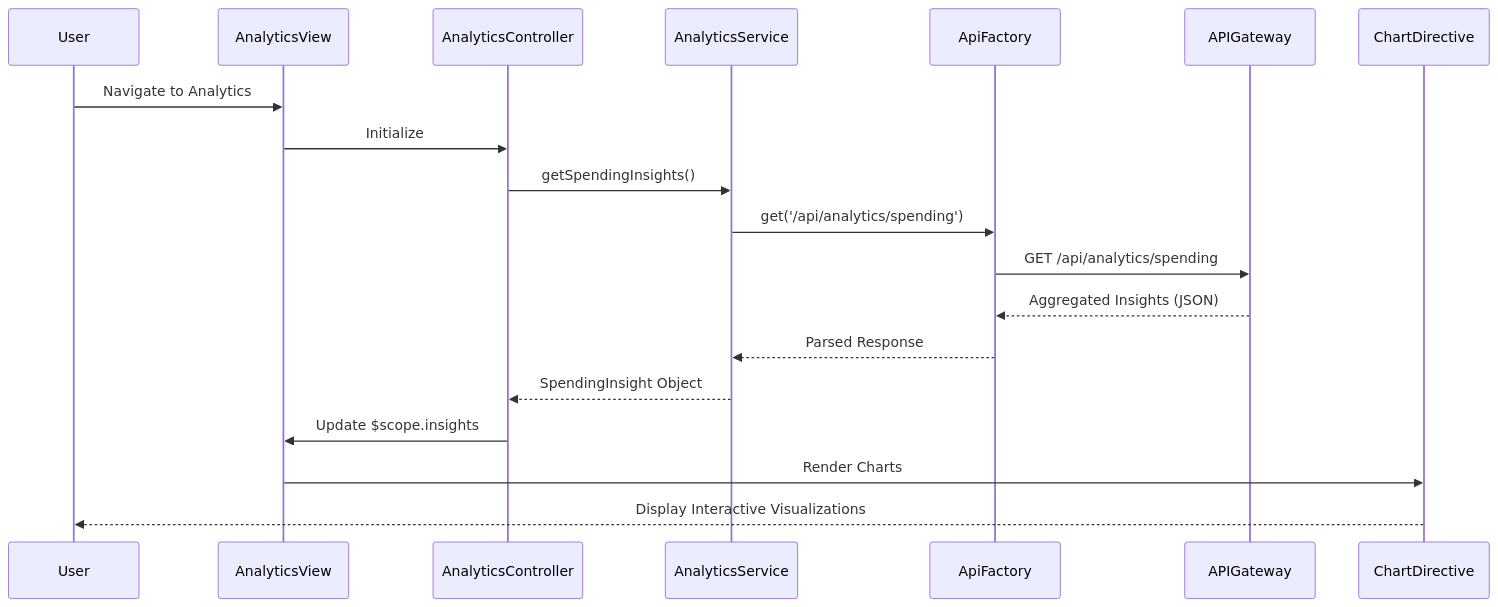
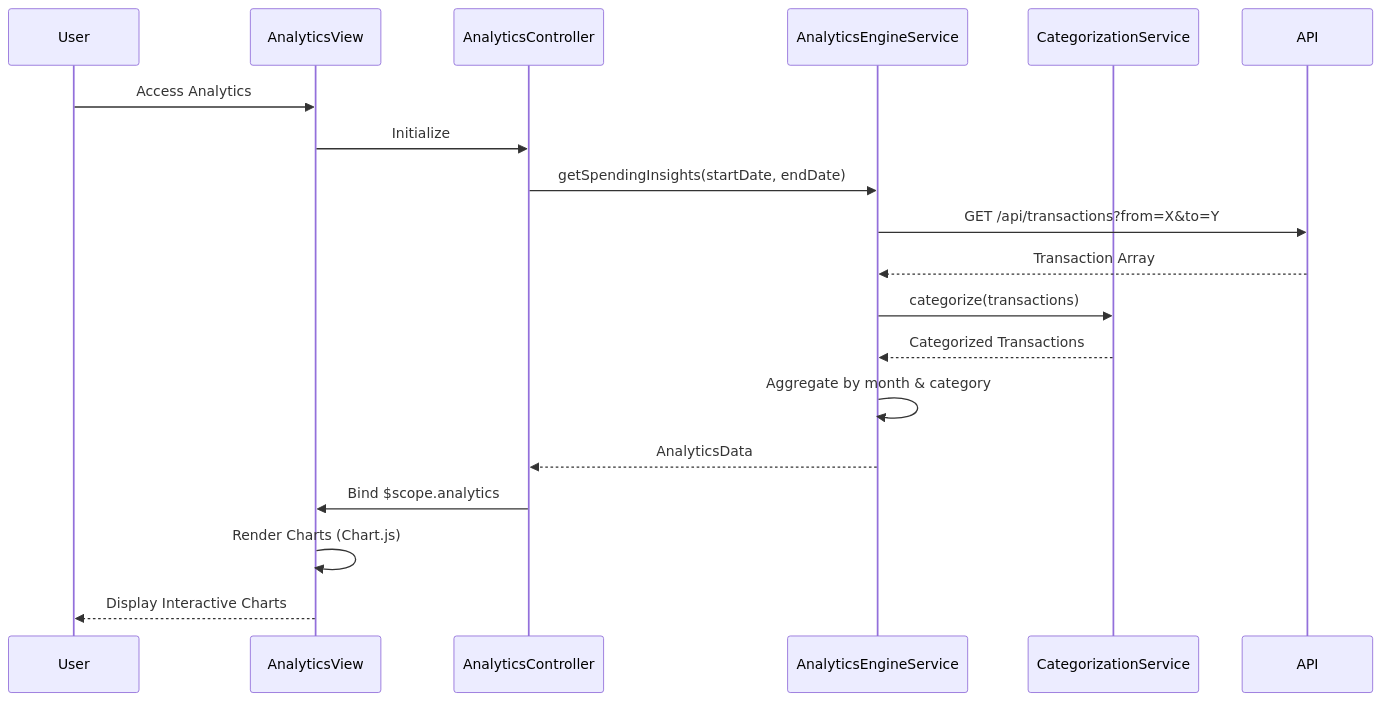
Before and after one commit to AAVA-Demo/APB_Demo: the diagram in LLD/QE-8614_LLD.md, drawn with Mermaid. The commit also changed other lines of this file and 5 other files, not shown here.

````diff
--- a/LLD/QE-8614_LLD.md
+++ b/LLD/QE-8614_LLD.md
@@ -61,21 +95,22 @@
 ```mermaid
 sequenceDiagram
     participant User
     participant AnalyticsView
     participant AnalyticsController
-    participant AnalyticsService
-    participant ApiFactory
-    participant APIGateway
-    
-    User->>AnalyticsView: Navigate to Analytics
+    participant AnalyticsEngineService
+    participant CategorizationService
+    participant API
+
+    User->>AnalyticsView: Access Analytics
     AnalyticsView->>AnalyticsController: Initialize
-    AnalyticsController->>AnalyticsService: getSpendingInsights()
-    AnalyticsService->>ApiFactory: get('/api/analytics/spending')
-    ApiFactory->>APIGateway: GET /api/analytics/spending
-    APIGateway-->>ApiFactory: Aggregated Insights (JSON)
-    ApiFactory-->>AnalyticsService: Parsed Response
-    AnalyticsService-->>AnalyticsController: SpendingInsight Object
-    AnalyticsController->>AnalyticsView: Update $scope.insights
-    AnalyticsView->>ChartDirective: Render Charts
-    ChartDirective-->>User: Display Interactive Visualizations
+    AnalyticsController->>AnalyticsEngineService: getSpendingInsights(startDate, endDate)
+    AnalyticsEngineService->>API: GET /api/transactions?from=X&to=Y
+    API-->>AnalyticsEngineService: Transaction Array
+    AnalyticsEngineService->>CategorizationService: categorize(transactions)
+    CategorizationService-->>AnalyticsEngineService: Categorized Transactions
+    AnalyticsEngineService->>AnalyticsEngineService: Aggregate by month & category
+    AnalyticsEngineService-->>AnalyticsController: AnalyticsData
+    AnalyticsController->>AnalyticsView: Bind $scope.analytics
+    AnalyticsView->>AnalyticsView: Render Charts (Chart.js)
+    AnalyticsView-->>User: Display Interactive Charts
 ```
````
